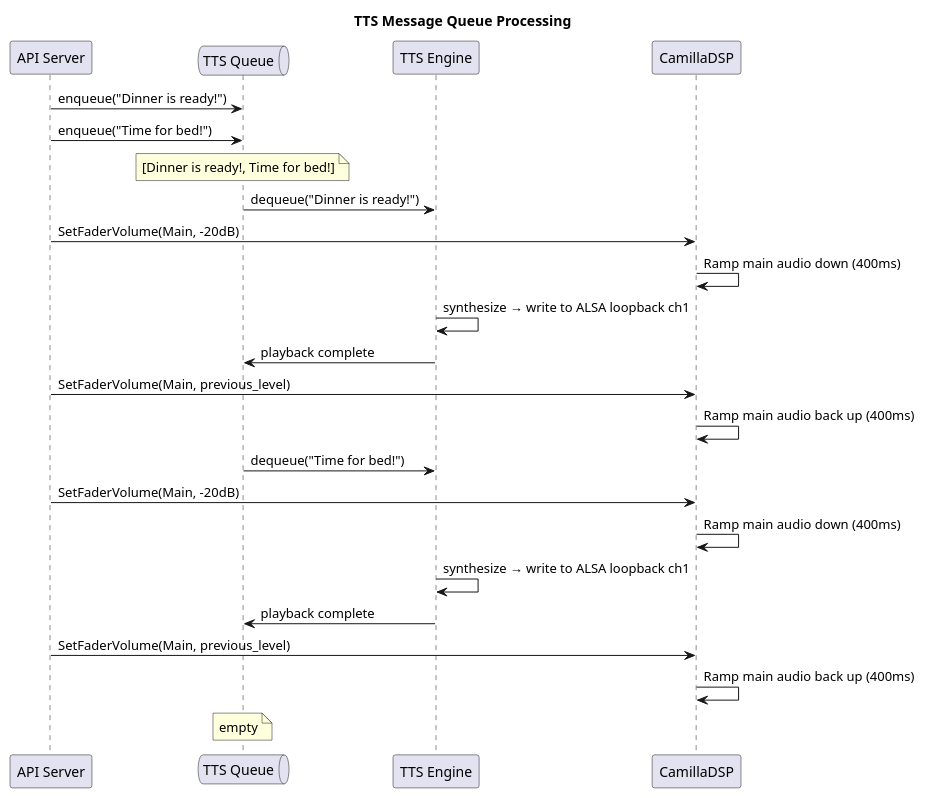
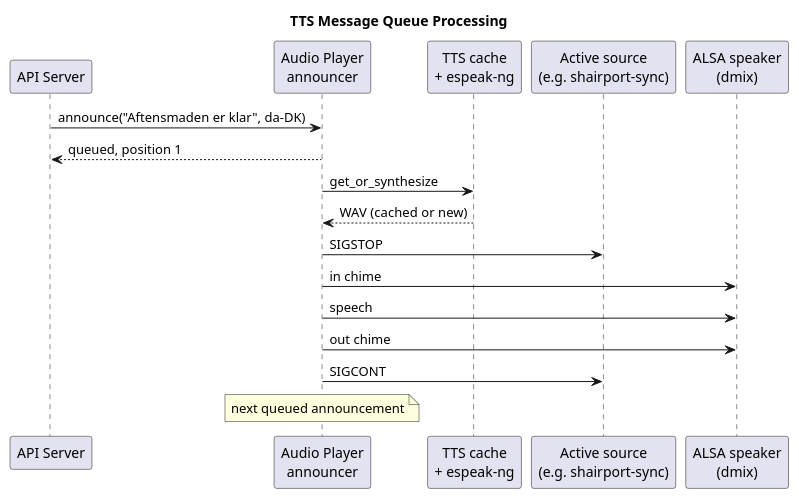
Before and after one commit to LydByDissing/kids-desktop-speaker: the diagram in docs/source/architecture/tts-engine/index.rst, drawn with PlantUML. The commit also changed other lines of this file and 25 other files, not shown here.

First line of the commit message:
feat(audio): announcements pause the source, chime, speak and resume (KDS-9e9, DEC-033)

```diff
--- a/docs/source/architecture/tts-engine/index.rst
+++ b/docs/source/architecture/tts-engine/index.rst
@@ -142,35 +142,25 @@
 .. plantuml::
-   :caption: TTS Message Queue Processing
+   :caption: TTS Message Queue Processing (DEC-033)
    :name: fig-tts-queue
 
    @startuml
    title TTS Message Queue Processing
 
    participant "API Server" as api
-   queue "TTS Queue" as queue
-   participant "TTS Engine" as tts
-   participant "CamillaDSP" as cdsp
+   participant "Audio Player\nannouncer" as ann
+   participant "TTS cache\n+ espeak-ng" as tts
+   participant "Active source\n(e.g. shairport-sync)" as src
+   participant "ALSA speaker\n(dmix)" as out
 
-   api -> queue : enqueue("Dinner is ready!")
-   api -> queue : enqueue("Time for bed!")
-   note over queue: [Dinner is ready!, Time for bed!]
-
-   queue -> tts : dequeue("Dinner is ready!")
-   api -> cdsp : SetFaderVolume(Main, -20dB)
-   cdsp -> cdsp : Ramp main audio down (400ms)
-   tts -> tts : synthesize → write to ALSA loopback ch1
-   tts -> queue : playback complete
-   api -> cdsp : SetFaderVolume(Main, previous_level)
-   cdsp -> cdsp : Ramp main audio back up (400ms)
-
-   queue -> tts : dequeue("Time for bed!")
-   api -> cdsp : SetFaderVolume(Main, -20dB)
-   cdsp -> cdsp : Ramp main audio down (400ms)
-   tts -> tts : synthesize → write to ALSA loopback ch1
-   tts -> queue : playback complete
-   api -> cdsp : SetFaderVolume(Main, previous_level)
-   cdsp -> cdsp : Ramp main audio back up (400ms)
-
-   note over queue: empty
+   api -> ann : announce("Aftensmaden er klar", da-DK)
+   ann --> api : queued, position 1
+   ann -> tts : get_or_synthesize
+   tts --> ann : WAV (cached or new)
+   ann -> src : SIGSTOP
+   ann -> out : in chime
+   ann -> out : speech
+   ann -> out : out chime
+   ann -> src : SIGCONT
+   note over ann : next queued announcement
 
    @enduml
```
